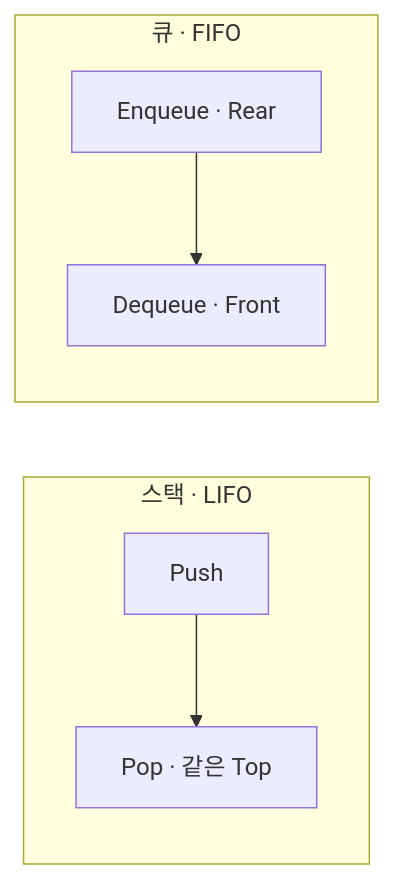
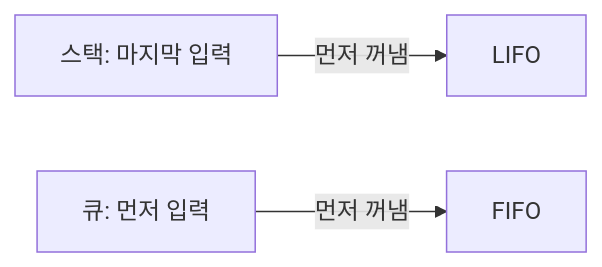
One commit to agnusdei1207/study changed the first of 2 diagrams in src/content/docs/notes/itpe/02-software-engineering/053_linear_structure.md. Above: the diagram before and after it, drawn with Mermaid. The commit also changed other lines of this file and 31 other files, not shown here.

Commit message:
docs(itpe): correct software engineering architecture and test notes

````diff
--- a/src/content/docs/notes/itpe/02-software-engineering/053_linear_structure.md
+++ b/src/content/docs/notes/itpe/02-software-engineering/053_linear_structure.md
@@ -64,11 +66,5 @@
 ```mermaid
 flowchart LR
-    subgraph STK["스택 · LIFO"]
-        direction TB
-        P["Push"] --> PO["Pop · 같은 Top"]
-    end
-    subgraph QUE["큐 · FIFO"]
-        direction TB
-        EN["Enqueue · Rear"] --> DE["Dequeue · Front"]
-    end
+    S1["스택: 마지막 입력"] -->|"먼저 꺼냄"| S2["LIFO"]
+    Q1["큐: 먼저 입력"] -->|"먼저 꺼냄"| Q2["FIFO"]
 ```
````
